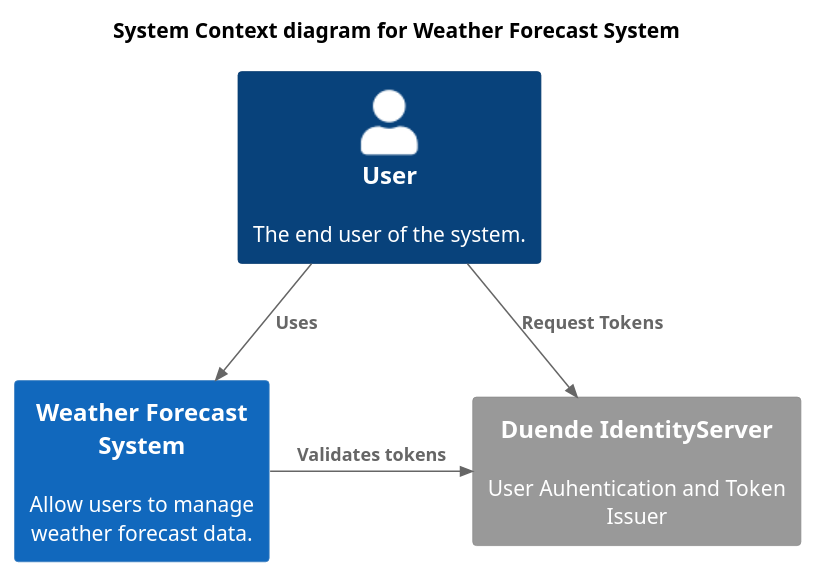
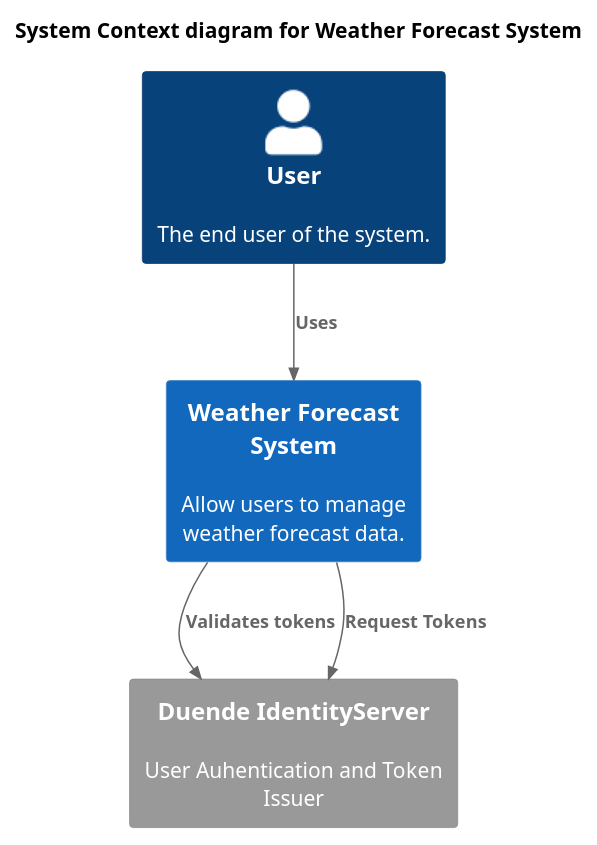
The diagram in architecture/context.puml (salmarsumi/CleanArchitecture), drawn with PlantUML before and after one commit.

Commit message:
change request token relation in context diagram

```diff
--- a/architecture/context.puml
+++ b/architecture/context.puml
@@ -1,17 +1,17 @@
 @startuml
 !include https://raw.githubusercontent.com/plantuml-stdlib/C4-PlantUML/master/C4_Context.puml
 
 HIDE_STEREOTYPE()
 
 title System Context diagram for Weather Forecast System
 
 Person(user, "User", "The end user of the system.")
 
 System(weather_system, "Weather Forecast System", "Allow users to manage weather forecast data.")
 System_Ext(identity, "Duende IdentityServer", "User Auhentication and Token Issuer")
 
 Rel(user, weather_system, "Uses")
-Rel(user, identity, "Request Tokens")
+Rel(weather_system, identity, "Request Tokens")
 Rel_Neighbor(weather_system, identity, "Validates tokens")
 
 @enduml
```
